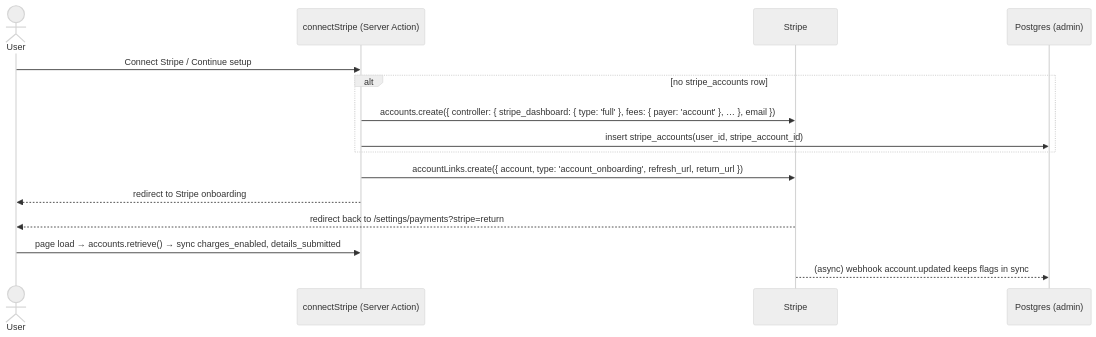
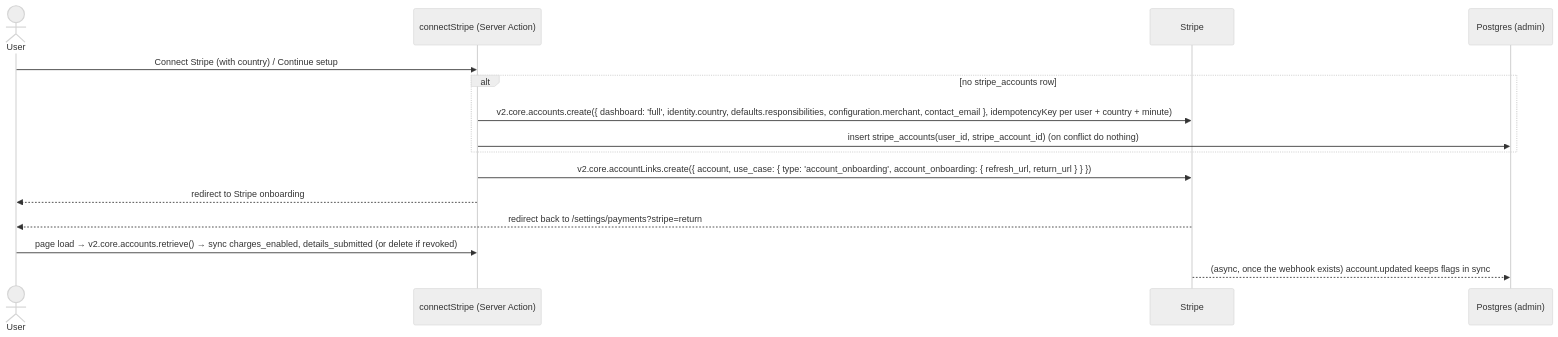
The third of 4 diagrams in docs/Tech.md (izrno00/invoice-generator), drawn with Mermaid (neutral theme) before and after one commit. The commit also changed other lines of this file and 27 other files, not shown here.

Commit message:
Stripe connect and payment links implemented

````diff
--- a/docs/Tech.md
+++ b/docs/Tech.md
@@ -455,18 +462,18 @@
 ```mermaid
 sequenceDiagram
     actor U as User
     participant A as connectStripe (Server Action)
     participant S as Stripe
     participant DB as Postgres (admin)
 
-    U->>A: Connect Stripe / Continue setup
+    U->>A: Connect Stripe (with country) / Continue setup
     alt no stripe_accounts row
-        A->>S: accounts.create({ controller: { stripe_dashboard: { type: 'full' }, fees: { payer: 'account' }, … }, email })
-        A->>DB: insert stripe_accounts(user_id, stripe_account_id)
+        A->>S: v2.core.accounts.create({ dashboard: 'full', identity.country, defaults.responsibilities, configuration.merchant, contact_email }, idempotencyKey per user + country + minute)
+        A->>DB: insert stripe_accounts(user_id, stripe_account_id) (on conflict do nothing)
     end
-    A->>S: accountLinks.create({ account, type: 'account_onboarding', refresh_url, return_url })
+    A->>S: v2.core.accountLinks.create({ account, use_case: { type: 'account_onboarding', account_onboarding: { refresh_url, return_url } } })
     A-->>U: redirect to Stripe onboarding
     S-->>U: redirect back to /settings/payments?stripe=return
-    U->>A: page load → accounts.retrieve() → sync charges_enabled, details_submitted
-    S-->>DB: (async) webhook account.updated keeps flags in sync
+    U->>A: page load → v2.core.accounts.retrieve() → sync charges_enabled, details_submitted (or delete if revoked)
+    S-->>DB: (async, once the webhook exists) account.updated keeps flags in sync
 ```
````
